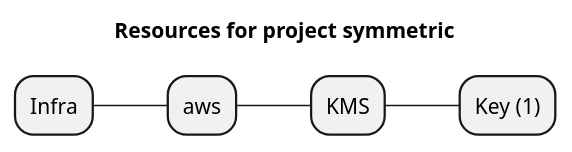
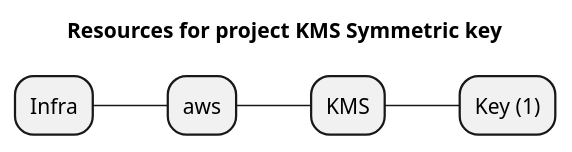
The diagram in examples/aws/kms/symmetric/artifacts/resources-mindmap.puml (grucloud/grucloud), drawn with PlantUML before and after one commit. The commit also changed 93 other files, not shown here.

```diff
--- a/examples/aws/kms/symmetric/artifacts/resources-mindmap.puml
+++ b/examples/aws/kms/symmetric/artifacts/resources-mindmap.puml
@@ -1,8 +1,8 @@
 @startmindmap
-title Resources for project symmetric
+title Resources for project KMS Symmetric key
 skinparam monochrome true
 + Infra
 ++ aws
 +++ KMS
 ++++ Key (1)
 @endmindmap
```
